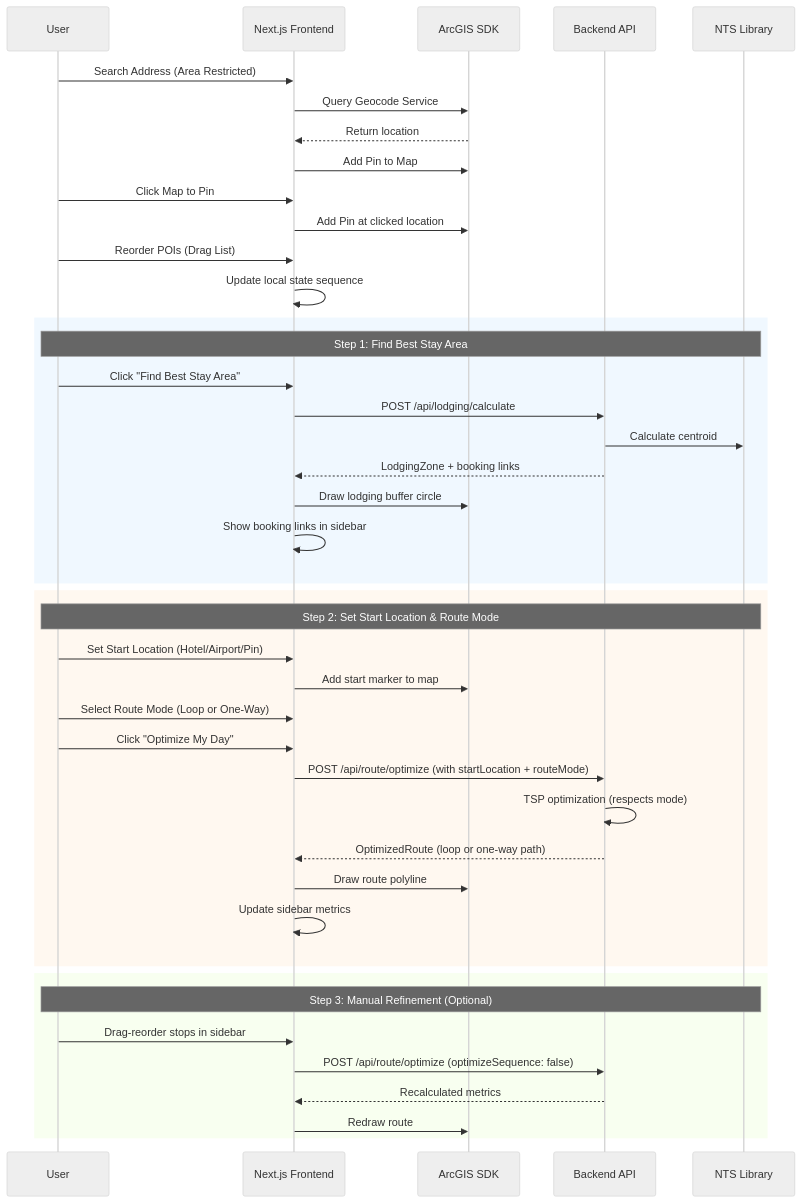
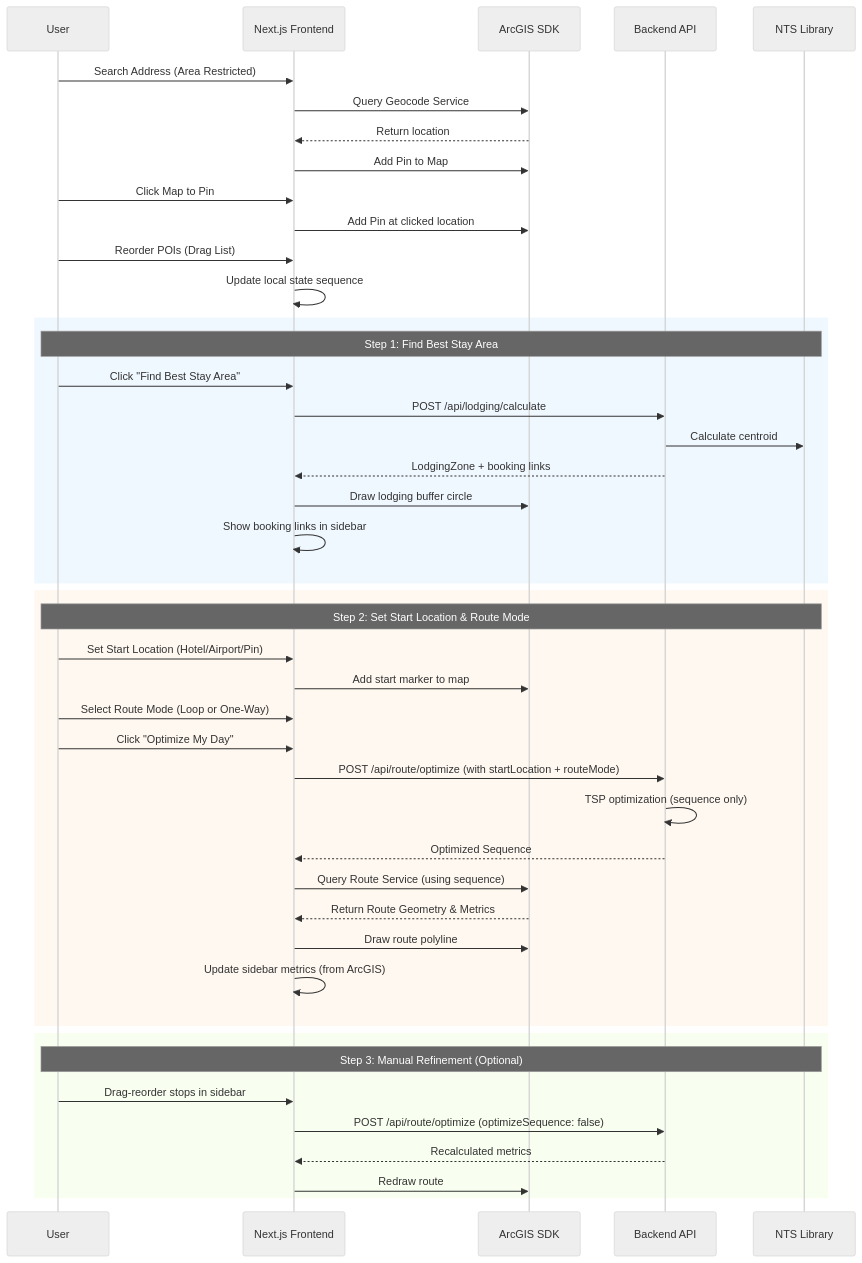
The second of 2 diagrams in docs/TechDesign.md (hangxigood/GeoRoute-Optimizer), drawn with Mermaid (neutral theme) before and after one commit. The commit also changed other lines of this file and 1 other file, not shown here.

Commit message:
docs: update API contract and technical design for frontend metrics

````diff
--- a/docs/TechDesign.md
+++ b/docs/TechDesign.md
@@ -451,49 +435,51 @@
 ```mermaid
 sequenceDiagram
     participant U as User
     participant F as Next.js Frontend
     participant A as ArcGIS SDK
     participant B as Backend API
     participant N as NTS Library
     
     U->>F: Search Address (Area Restricted)
     F->>A: Query Geocode Service
     A-->>F: Return location
     F->>A: Add Pin to Map
     U->>F: Click Map to Pin
     F->>A: Add Pin at clicked location
     
     U->>F: Reorder POIs (Drag List)
     F->>F: Update local state sequence
     
     rect rgb(240, 248, 255)
     Note over U,N: Step 1: Find Best Stay Area
     U->>F: Click "Find Best Stay Area"
     F->>B: POST /api/lodging/calculate
     B->>N: Calculate centroid
     B-->>F: LodgingZone + booking links
     F->>A: Draw lodging buffer circle
     F->>F: Show booking links in sidebar
     end
     
     rect rgb(255, 248, 240)
     Note over U,N: Step 2: Set Start Location & Route Mode
     U->>F: Set Start Location (Hotel/Airport/Pin)
     F->>A: Add start marker to map
     U->>F: Select Route Mode (Loop or One-Way)
     U->>F: Click "Optimize My Day"
     F->>B: POST /api/route/optimize (with startLocation + routeMode)
-    B->>B: TSP optimization (respects mode)
-    B-->>F: OptimizedRoute (loop or one-way path)
+    B->>B: TSP optimization (sequence only)
+    B-->>F: Optimized Sequence
+    F->>A: Query Route Service (using sequence)
+    A-->>F: Return Route Geometry & Metrics
     F->>A: Draw route polyline
-    F->>F: Update sidebar metrics
+    F->>F: Update sidebar metrics (from ArcGIS)
     end
     
     rect rgb(248, 255, 240)
     Note over U,N: Step 3: Manual Refinement (Optional)
     U->>F: Drag-reorder stops in sidebar
     F->>B: POST /api/route/optimize (optimizeSequence: false)
     B-->>F: Recalculated metrics
     F->>A: Redraw route
     end
 ```
````
